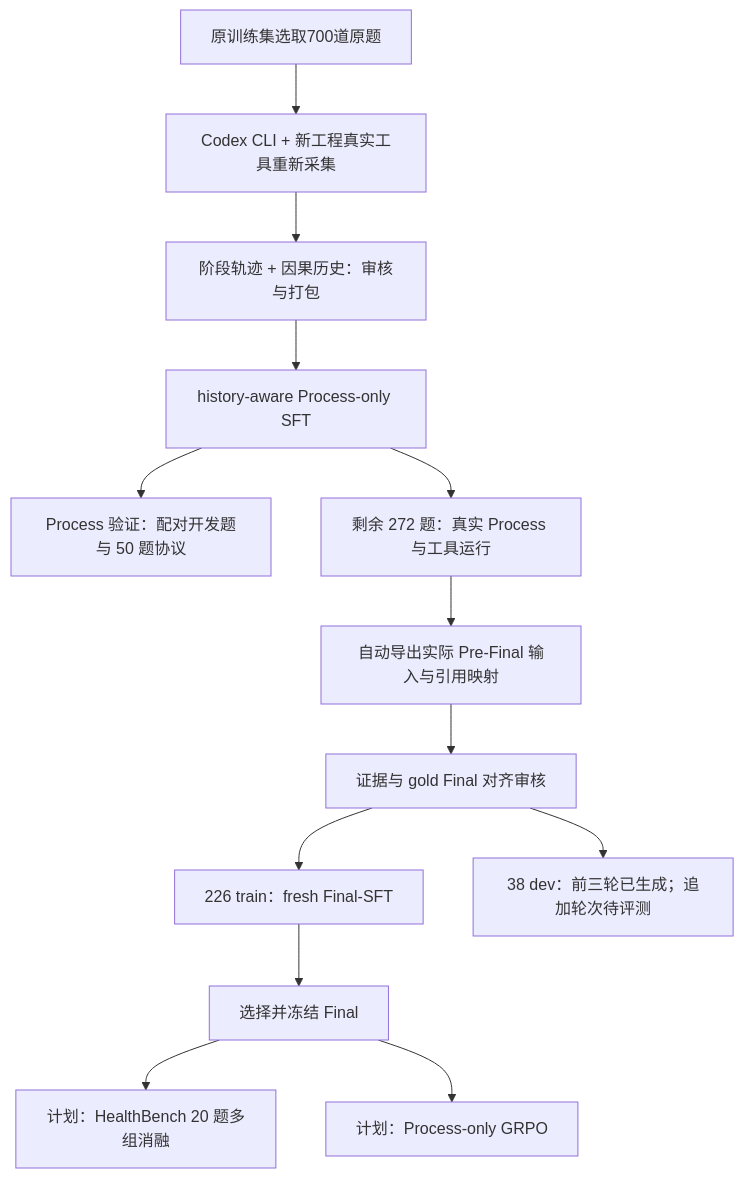
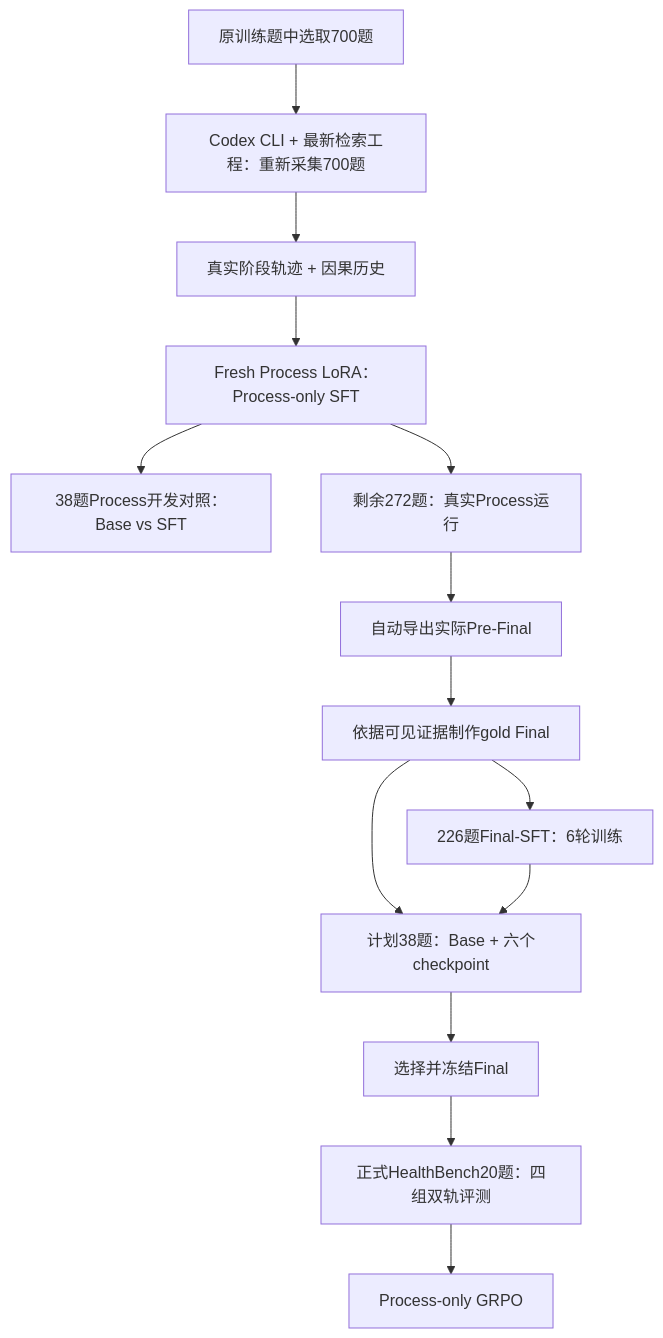
One commit to MaSunKing/medical-research-agent-grpo changed the diagram in versions/process_final_sft/README.md. Above: the diagram before and after it, drawn with Mermaid. The commit also changed other lines of this file and 6 other files, not shown here.

Commit message:
docs: simplify current Process Final protocol and specify training objectives

````diff
--- a/versions/process_final_sft/README.md
+++ b/versions/process_final_sft/README.md
@@ -13,15 +13,16 @@
 ```mermaid
 flowchart TB
-    Q[原训练集选取700道原题] --> CLI[Codex CLI + 新工程真实工具重新采集]
-    CLI --> T[阶段轨迹 + 因果历史：审核与打包]
-    T --> PS[history-aware Process-only SFT]
-    PS --> PV[Process 验证：配对开发题与 50 题协议]
-    PS --> Collect[剩余 272 题：真实 Process 与工具运行]
-    Collect --> Package[自动导出实际 Pre-Final 输入与引用映射]
-    Package --> Gate[证据与 gold Final 对齐审核]
-    Gate --> FS[226 train：fresh Final-SFT]
-    Gate --> Dev[38 dev：前三轮已生成；追加轮次待评测]
-    FS --> Frozen[选择并冻结 Final]
-    Frozen --> Ablation[计划：HealthBench 20 题多组消融]
-    Frozen --> RL[计划：Process-only GRPO]
+    Q[原训练题中选取700题] --> CLI[Codex CLI + 最新检索工程：重新采集700题]
+    CLI --> T[真实阶段轨迹 + 因果历史]
+    T --> PS[Fresh Process LoRA：Process-only SFT]
+    PS --> PD[38题Process开发对照：Base vs SFT]
+    PS --> Collect[剩余272题：真实Process运行]
+    Collect --> Package[自动导出实际Pre-Final]
+    Package --> Gold[依据可见证据制作gold Final]
+    Gold --> FS[226题Final-SFT：6轮训练]
+    Gold --> FD[计划38题：Base + 六个checkpoint]
+    FS --> FD
+    FD --> Freeze[选择并冻结Final]
+    Freeze --> Test[正式HealthBench20题：四组双轨评测]
+    Test --> RL[Process-only GRPO]
 ```
````
